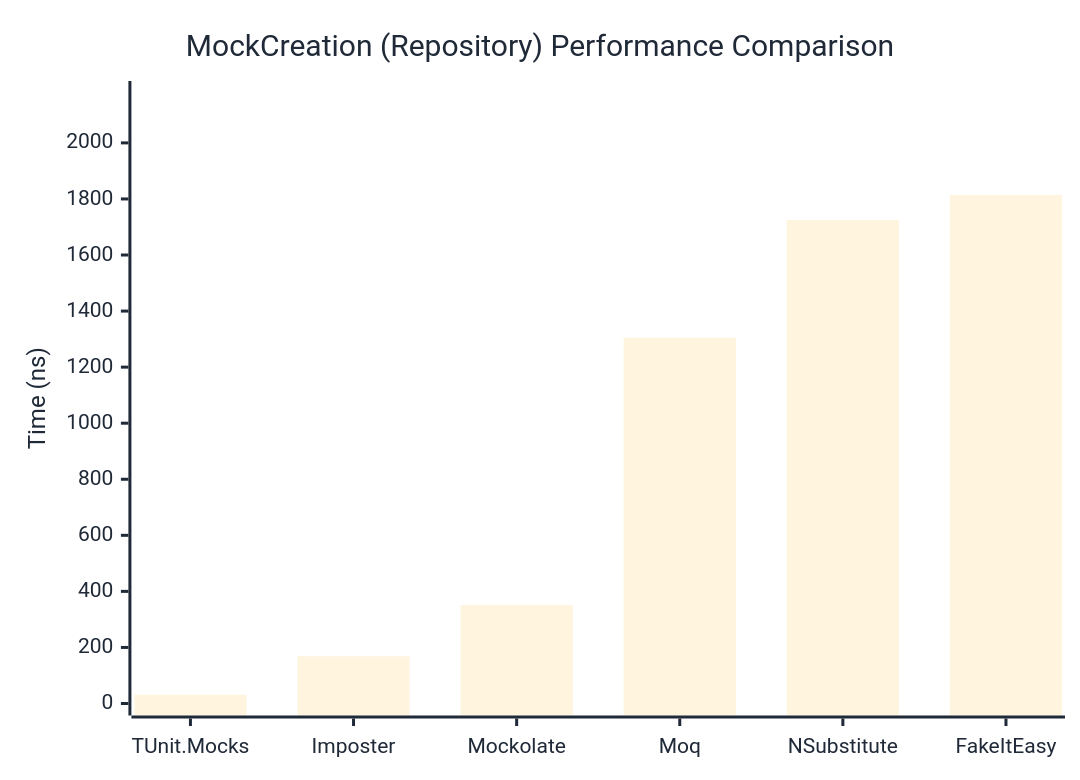
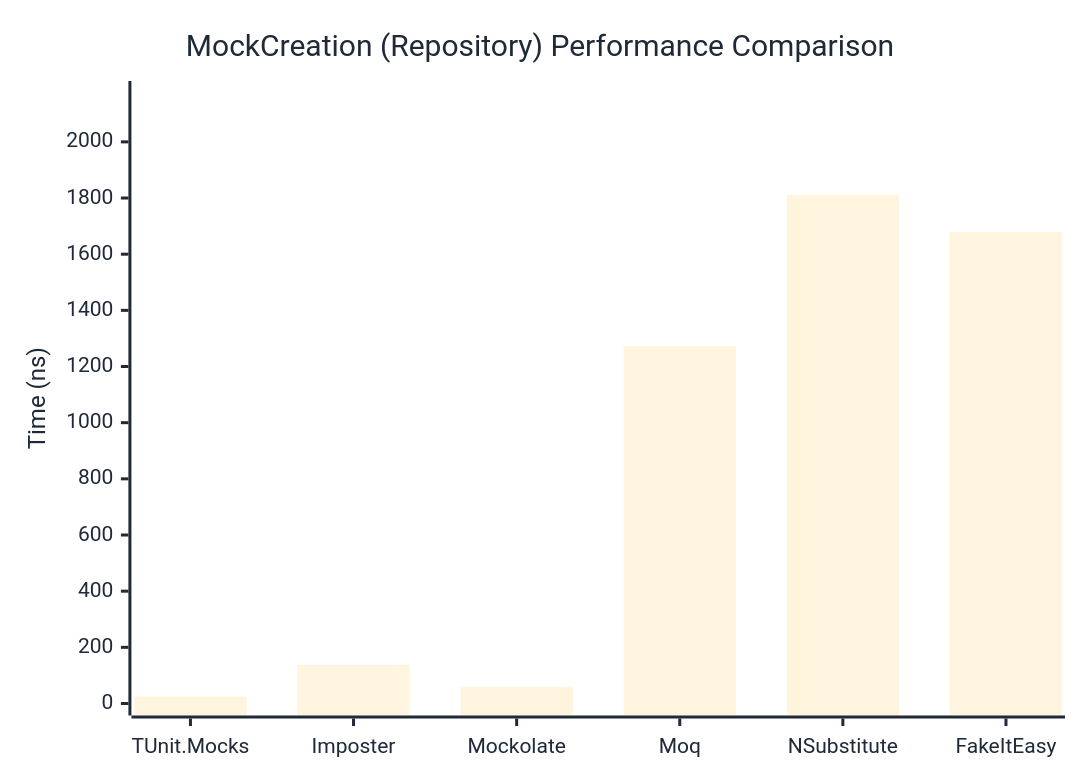
One commit to weiyilai/TUnit changed the second of 2 diagrams in docs/docs/benchmarks/mocks/MockCreation.md. Above: the diagram before and after it, drawn with Mermaid. The commit also changed other lines of this file and 14 other files, not shown here.

````diff
--- a/docs/docs/benchmarks/mocks/MockCreation.md
+++ b/docs/docs/benchmarks/mocks/MockCreation.md
@@ -69,27 +69,27 @@
 ```mermaid
 %%{init: {
   'theme':'base',
   'themeVariables': {
     'primaryColor': '#2563eb',
     'primaryTextColor': '#1f2937',
     'primaryBorderColor': '#1e40af',
     'lineColor': '#6b7280',
     'secondaryColor': '#7c3aed',
     'tertiaryColor': '#dc2626',
     'background': '#ffffff',
     'pie1': '#2563eb',
     'pie2': '#7c3aed',
     'pie3': '#dc2626',
     'pie4': '#f59e0b',
     'pie5': '#10b981',
     'pie6': '#06b6d4',
     'pie7': '#ec4899',
     'pie8': '#6366f1'
   }
 }}%%
 xychart-beta
   title "MockCreation (Repository) Performance Comparison"
   x-axis ["TUnit.Mocks", "Imposter", "Mockolate", "Moq", "NSubstitute", "FakeItEasy"]
-  y-axis "Time (ns)" 0 --> 2178
-  bar [31.44, 168.51, 351.62, 1305.02, 1725, 1814.41]
+  y-axis "Time (ns)" 0 --> 2174
+  bar [24.71, 137.84, 58.62, 1272.2, 1811.44, 1678.73]
 ```
````
